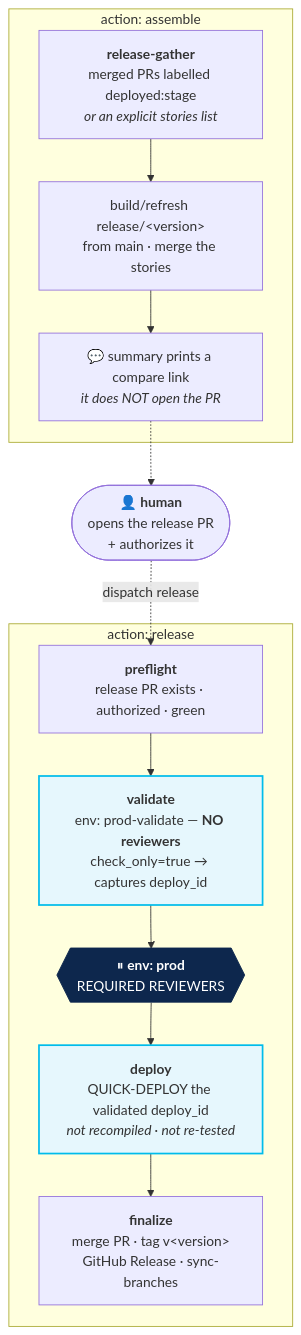
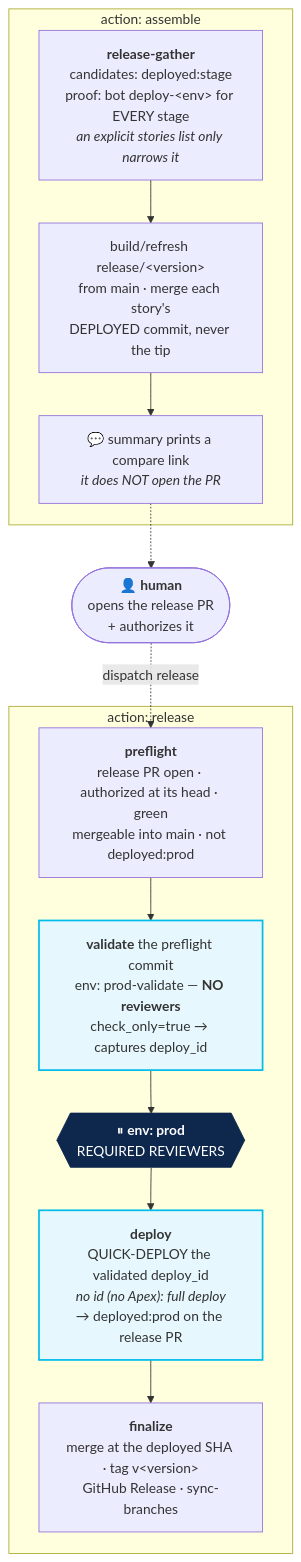
Before and after one commit to muraliseelam/sfdx-pipeline-actions: the ninth of 10 diagrams in docs/Product_Documentation.md, drawn with Mermaid. The commit also changed other lines of this file and 5 other files, not shown here.

First line of the commit message:
Docs: hardening pass — trusted config, approvals, pinned merges, release proof, gated deploys

````diff
--- a/docs/Product_Documentation.md
+++ b/docs/Product_Documentation.md
@@ -611,25 +807,25 @@
 ```mermaid
 flowchart TD
     subgraph AS["action: assemble"]
-        A1["<b>release-gather</b><br/>merged PRs labelled deployed:stage<br/><i>or an explicit stories list</i>"]
-        A2["build/refresh release/&lt;version&gt;<br/>from main · merge the stories"]
+        A1["<b>release-gather</b><br/>candidates: deployed:stage<br/>proof: bot deploy-&lt;env&gt; for EVERY stage<br/><i>an explicit stories list only narrows it</i>"]
+        A2["build/refresh release/&lt;version&gt;<br/>from main · merge each story's<br/>DEPLOYED commit, never the tip"]
         A3["💬 summary prints a compare link<br/><i>it does NOT open the PR</i>"]
         A1 --> A2 --> A3
     end
 
     subgraph RL["action: release"]
-        R1["<b>preflight</b><br/>release PR exists · authorized · green"]
-        R2["<b>validate</b><br/>env: prod-validate — <b>NO reviewers</b><br/>check_only=true → captures deploy_id"]
+        R1["<b>preflight</b><br/>release PR open · authorized at its head · green<br/>mergeable into main · not deployed:prod"]
+        R2["<b>validate</b> the preflight commit<br/>env: prod-validate — <b>NO reviewers</b><br/>check_only=true → captures deploy_id"]
         R3{{"⏸ <b>env: prod</b><br/>REQUIRED REVIEWERS"}}
-        R4["<b>deploy</b><br/>QUICK-DEPLOY the validated deploy_id<br/><i>not recompiled · not re-tested</i>"]
-        R5["<b>finalize</b><br/>merge PR · tag v&lt;version&gt;<br/>GitHub Release · sync-branches"]
+        R4["<b>deploy</b><br/>QUICK-DEPLOY the validated deploy_id<br/><i>no id (no Apex): full deploy</i><br/>→ deployed:prod on the release PR"]
+        R5["<b>finalize</b><br/>merge at the deployed SHA · tag v&lt;version&gt;<br/>GitHub Release · sync-branches"]
         R1 --> R2 --> R3 --> R4 --> R5
     end
 
     HU(["👤 <b>human</b><br/>opens the release PR<br/>+ authorizes it"])
     A3 -.-> HU -.->|"dispatch release"| R1
 
     style R3 fill:#0D274D,stroke:#0D274D,color:#fff
     style R2 fill:#E6F7FD,stroke:#00BCEB,stroke-width:2px
     style R4 fill:#E6F7FD,stroke:#00BCEB,stroke-width:2px
 ```
````
